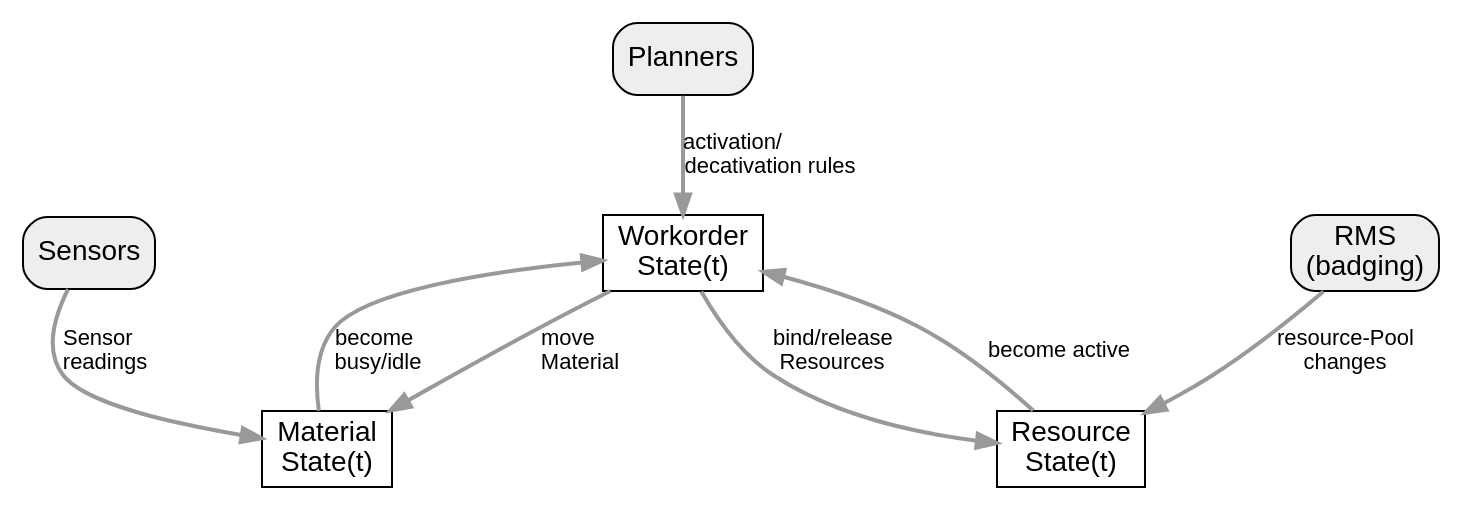
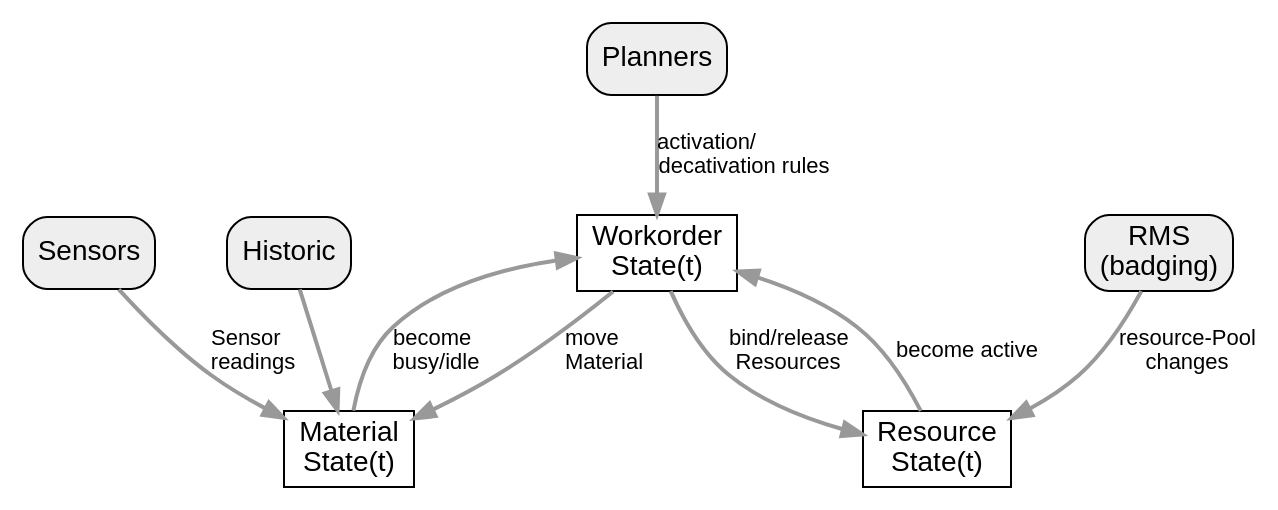
The diagram in opal/stateDependencies.dot (drautzburg/currychicken), drawn with Graphviz before and after one commit. The commit also changed 1 other file, not shown here.

```diff
--- a/opal/stateDependencies.dot
+++ b/opal/stateDependencies.dot
@@ -1,37 +1,39 @@
 digraph d {
 	 node [fontname = "Arial"];
 	 edge [fontname = "Arial", fontsize=11,color="#999999", penwidth=2, weight=1];
-	 graph[nodesep=1]
+	 graph[nodesep=0.5]
 	 overlap = scale;
 rankdir=TB
 	subgraph sensor {
 		node [shape=circle, style=filled, fillcolor="#EEEEEE", fixedsize=true, width=0.4]
 		
 	}
 	subgraph store {
 		node [shape=box]
 		WorkorderState[label="Workorder\nState(t)"]
 		ResourceState[label="Resource\nState(t)"]
 		MaterialState[label="Material\nState(t)"]
 	}
 	subgraph process {
 		node [shape=rectangle, style="filled,rounded" fillcolor="#EEEEEE"]
 		rms [label="RMS\n(badging)"]
 		sensors[label="Sensors"]
+		historic[label="Historic"]
 		planners[label="Planners"]
 	}
 	subgraph state {
 		node [shape=circle, style=filled, fillcolor="#EEEEEE", fixedsize=true, width=1.1]
 	}
 
 # {rank=same; activeIdle activeBusy}
 WorkorderState -> MaterialState[label="move\lMaterial"]
 WorkorderState  -> ResourceState[label="bind/release\lResources"]
 ResourceState -> WorkorderState[label="become active"]
 MaterialState -> WorkorderState[label="become \lbusy/idle"]
 
 rms->ResourceState[label="resource-Pool\lchanges"]
 sensors->MaterialState[label="Sensor\lreadings"]
 planners->WorkorderState[label=" activation/\l decativation rules"]
-		
+historic -> MaterialState
+
 }
```
